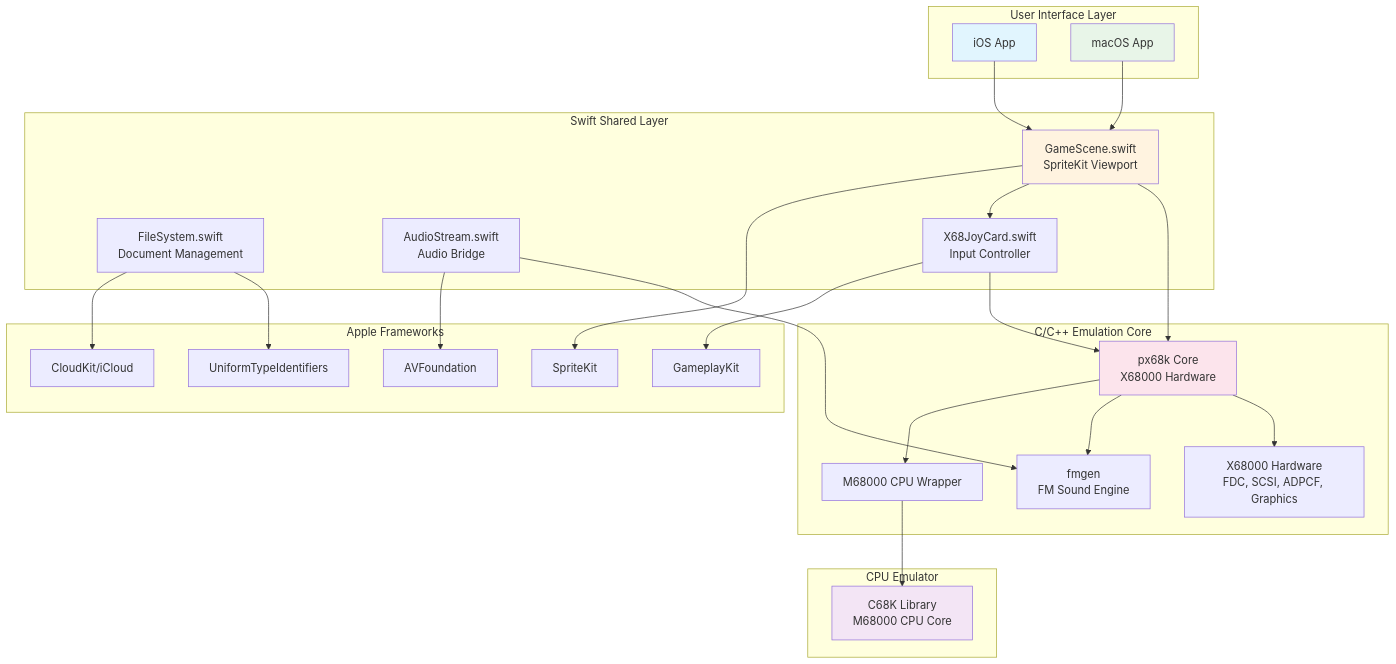
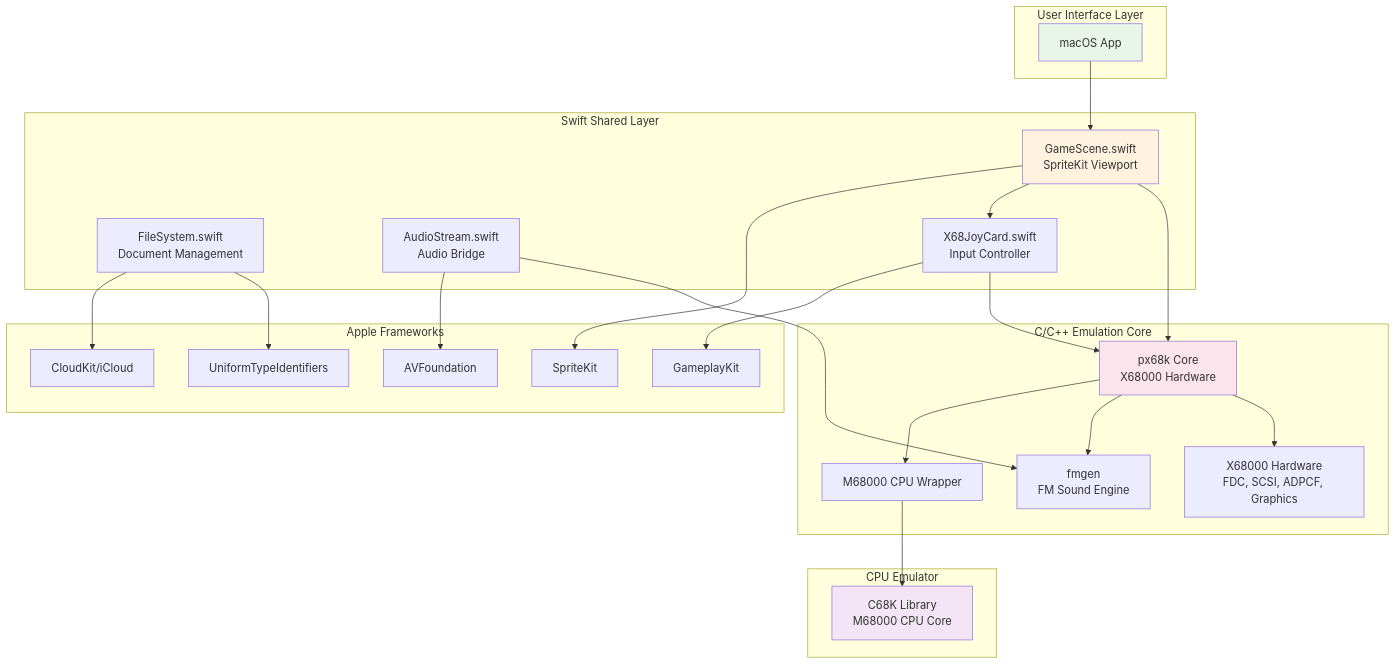
Before and after one commit to YosAwed/MPX68K: the first of 8 diagrams in ARCHITECTURE.md, drawn with Mermaid. The commit also changed other lines of this file and 14 other files, not shown here.

````diff
--- a/ARCHITECTURE.md
+++ b/ARCHITECTURE.md
@@ -7,61 +7,58 @@
 ```mermaid
 graph TB
     subgraph "User Interface Layer"
-        iOS[iOS App]
         macOS[macOS App]
     end
     
     subgraph "Swift Shared Layer"
         GameScene[GameScene.swift<br/>SpriteKit Viewport]
         FileSystem[FileSystem.swift<br/>Document Management]
         AudioStream[AudioStream.swift<br/>Audio Bridge]
         JoyCard[X68JoyCard.swift<br/>Input Controller]
     end
     
     subgraph "C/C++ Emulation Core"
         PX68K[px68k Core<br/>X68000 Hardware]
         M68K[M68000 CPU Wrapper]
         FMGen[fmgen<br/>FM Sound Engine]
         X68KHW[X68000 Hardware<br/>FDC, SCSI, ADPCF, Graphics]
     end
     
     subgraph "CPU Emulator"
         C68K[C68K Library<br/>M68000 CPU Core]
     end
     
     subgraph "Apple Frameworks"
         SpriteKit[SpriteKit]
         AVFoundation[AVFoundation]
         GameplayKit[GameplayKit]
         CloudKit[CloudKit/iCloud]
         UTI[UniformTypeIdentifiers]
     end
     
-    iOS --> GameScene
     macOS --> GameScene
     
     GameScene --> SpriteKit
     GameScene --> JoyCard
     GameScene --> PX68K
     
     FileSystem --> CloudKit
     FileSystem --> UTI
     
     AudioStream --> AVFoundation
     AudioStream --> FMGen
     
     JoyCard --> GameplayKit
     JoyCard --> PX68K
     
     PX68K --> M68K
     PX68K --> FMGen
     PX68K --> X68KHW
     
     M68K --> C68K
     
-    style iOS fill:#e1f5fe
     style macOS fill:#e8f5e8
     style GameScene fill:#fff3e0
     style PX68K fill:#fce4ec
     style C68K fill:#f3e5f5
 ```
````
